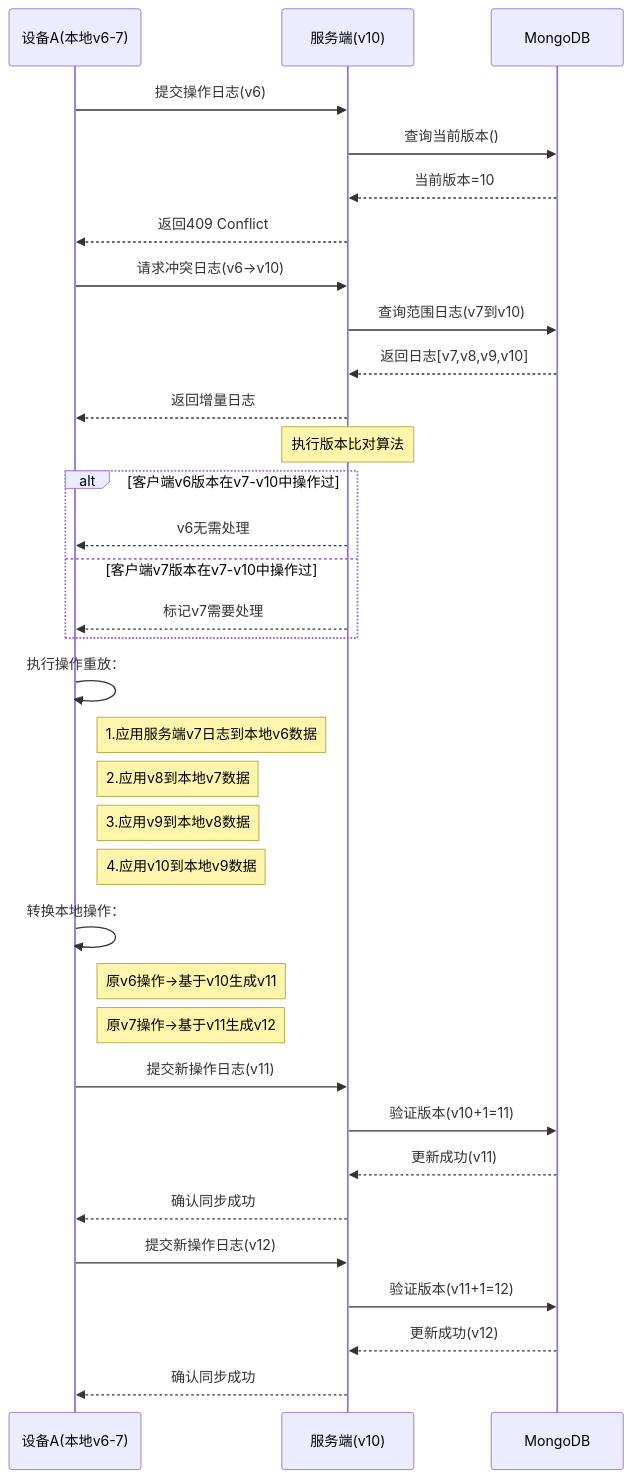
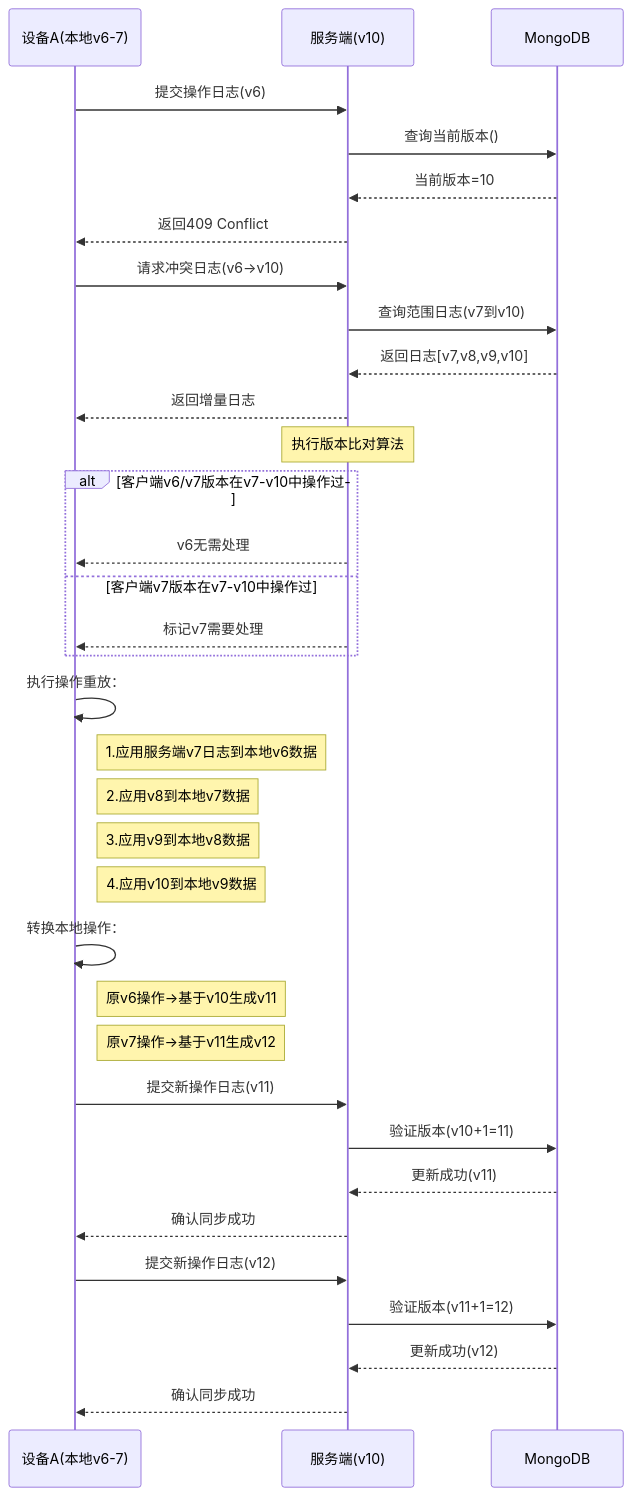
One commit to yingjianzh/iodraw-files changed the diagram in all/未命名-26.md. Above: the diagram before and after it, drawn with Mermaid.

Commit message:
2025-02-26 16:49:13 update

````diff
--- a/all/未命名-26.md
+++ b/all/未命名-26.md
@@ -1,49 +1,49 @@
 ```mermaid
 sequenceDiagram
     participant A as 设备A(本地v6-7)
     participant S as 服务端(v10)
     participant DB as MongoDB
 
     %% 初始同步尝试
     A->>S: 提交操作日志(v6)
     S->>DB: 查询当前版本()
     DB-->>S: 当前版本=10
     S-->>A: 返回409 Conflict
 
     %% 冲突解决阶段
     A->>S: 请求冲突日志(v6→v10)
     S->>DB: 查询范围日志(v7到v10)
     DB-->>S: 返回日志[v7,v8,v9,v10]
     S-->>A: 返回增量日志
 
 
     Note over S: 执行版本比对算法
-    alt 客户端v6版本在v7-v10中操作过
+    alt 客户端v6/v7版本在v7-v10中操作过
         S-->>A: v6无需处理
     else 客户端v7版本在v7-v10中操作过
         S-->>A: 标记v7需要处理
     end
 
     %% 本地数据重建
     A->>A: 执行操作重放：
     note right of A: 1.应用服务端v7日志到本地v6数据
     note right of A: 2.应用v8到本地v7数据
     note right of A: 3.应用v9到本地v8数据
     note right of A: 4.应用v10到本地v9数据
 
     %% 本地操作转换
     A->>A: 转换本地操作：
     note right of A: 原v6操作→基于v10生成v11
     note right of A: 原v7操作→基于v11生成v12
 
     %% 重新提交
     A->>S: 提交新操作日志(v11)
     S->>DB: 验证版本(v10+1=11)
     DB-->>S: 更新成功(v11)
     S-->>A: 确认同步成功
 
     A->>S: 提交新操作日志(v12)
     S->>DB: 验证版本(v11+1=12)
     DB-->>S: 更新成功(v12)
     S-->>A: 确认同步成功
 ```
````
